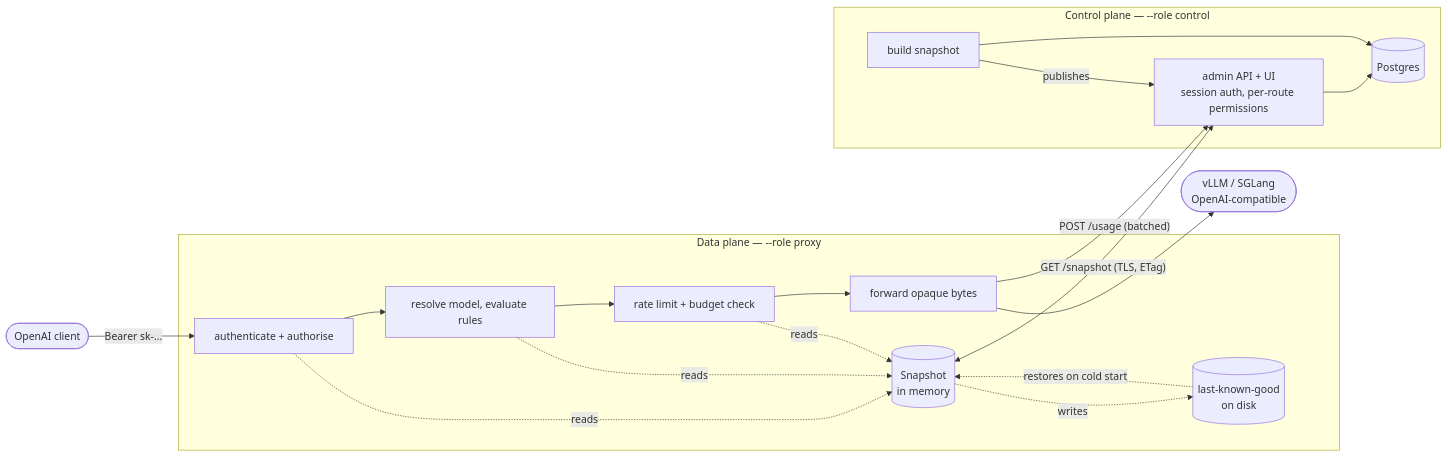
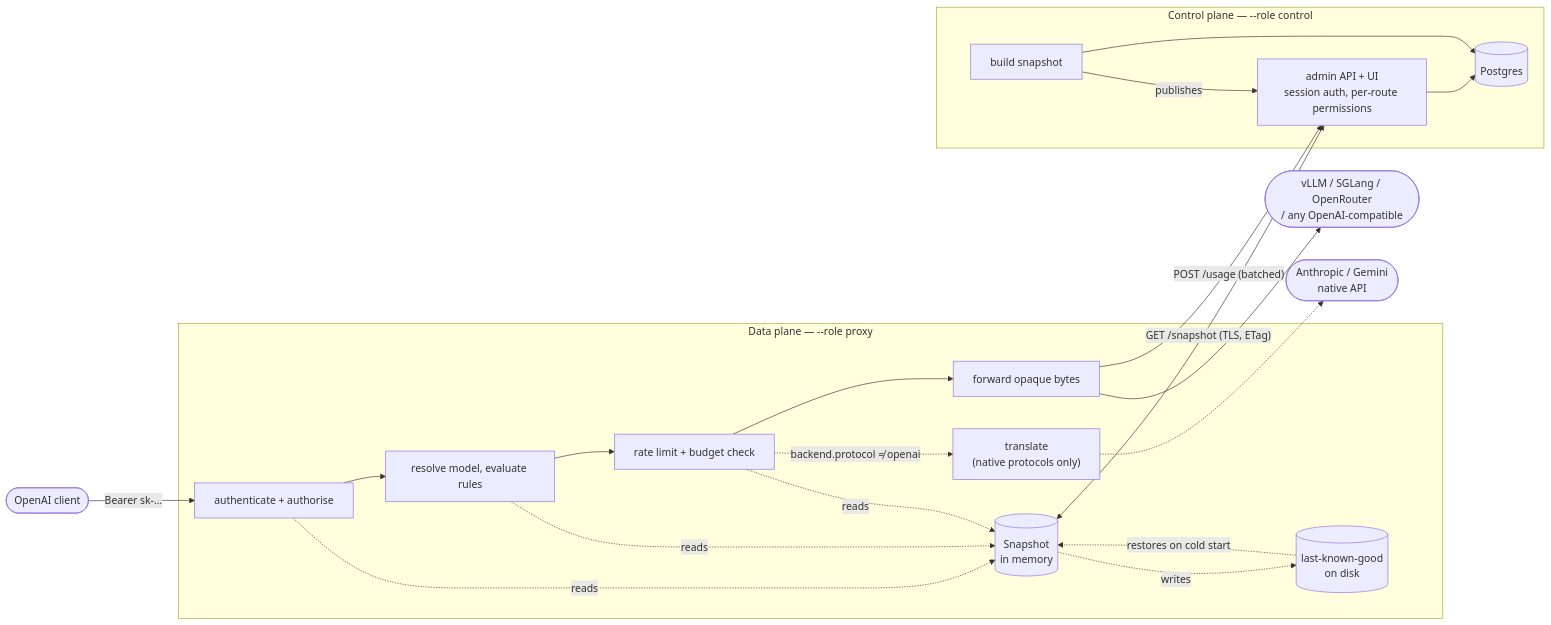
The first of 3 diagrams in docs/architecture.md (azrtydxb/Fastllm-proxy), drawn with Mermaid before and after one commit. The commit also changed other lines of this file and 20 other files, not shown here.

````diff
--- a/docs/architecture.md
+++ b/docs/architecture.md
@@ -13,34 +13,37 @@
 ```mermaid
 flowchart LR
     client([OpenAI client])
 
     subgraph dp["Data plane — --role proxy"]
         auth[authenticate + authorise]
         route[resolve model, evaluate rules]
         limit[rate limit + budget check]
         fwd[forward opaque bytes]
+        xlate["translate<br/>(native protocols only)"]
         snap[(Snapshot<br/>in memory)]
         cache[(last-known-good<br/>on disk)]
     end
 
     subgraph cp["Control plane — --role control"]
         admin["admin API + UI<br/>session auth, per-route permissions"]
         build[build snapshot]
         pg[(Postgres)]
     end
 
-    backend([vLLM / SGLang<br/>OpenAI-compatible])
+    backend([vLLM / SGLang / OpenRouter<br/>/ any OpenAI-compatible])
 
     client -->|"Bearer sk-…"| auth --> route --> limit --> fwd --> backend
+    limit -.->|"backend.protocol ≠ openai"| xlate
+    xlate -.-> native([Anthropic / Gemini<br/>native API])
     auth -.reads.-> snap
     route -.reads.-> snap
     limit -.reads.-> snap
 
     admin --> pg
     build --> pg
     build -->|publishes| admin
     snap <-->|"GET /snapshot (TLS, ETag)"| admin
     snap -.writes.-> cache
     cache -.restores on cold start.-> snap
     fwd -->|"POST /usage (batched)"| admin
 ```
````
